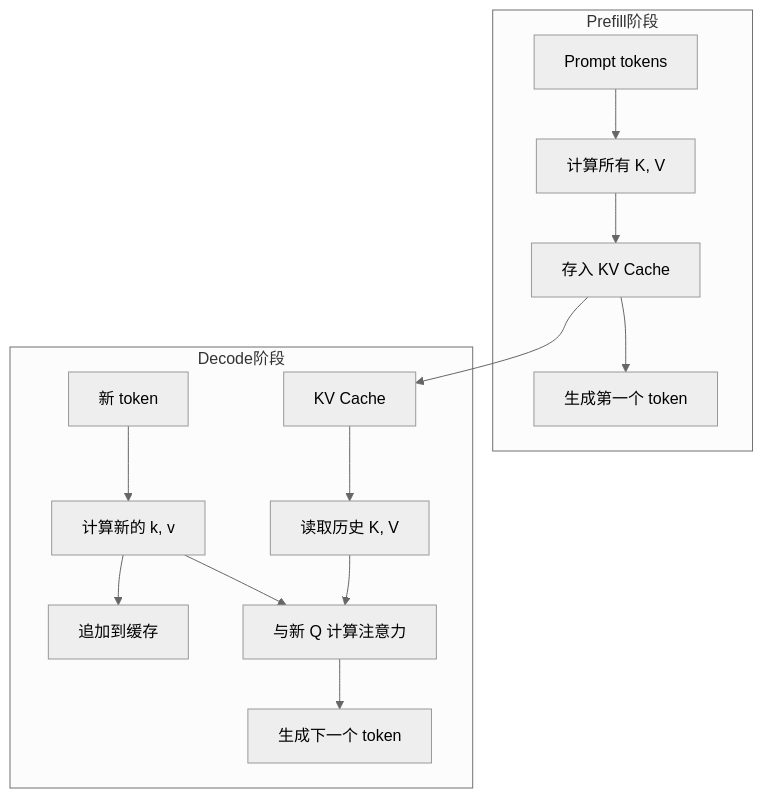
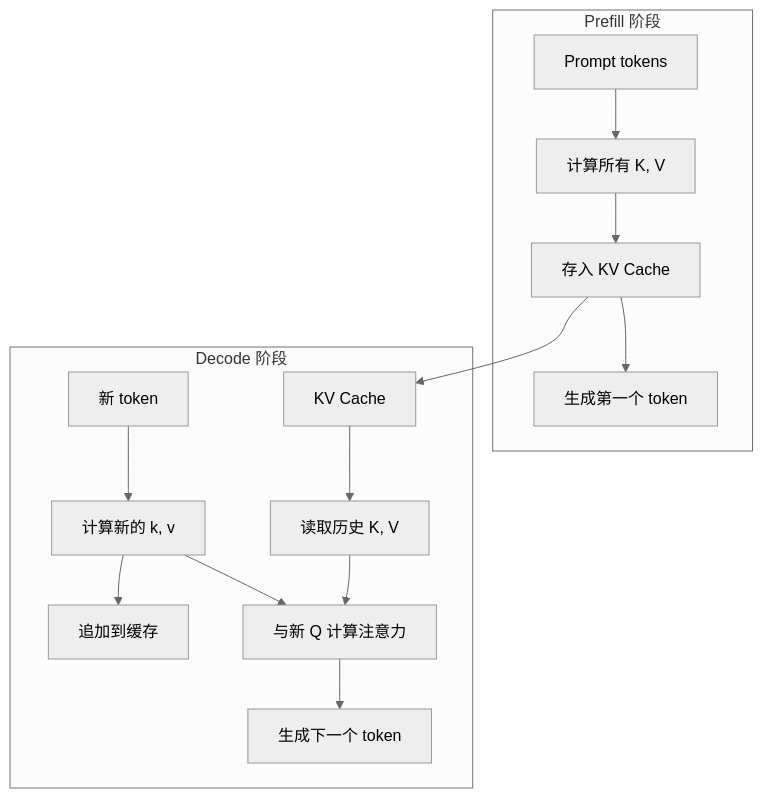
One commit to Xunzhuo/mini-sglang changed the first of 8 diagrams in learning/website/docs/basics/15-kv-cache.md. Above: the diagram before and after it, drawn with Mermaid (neutral theme). The commit also changed other lines of this file and 23 other files, not shown here.

````diff
--- a/learning/website/docs/basics/15-kv-cache.md
+++ b/learning/website/docs/basics/15-kv-cache.md
@@ -59,19 +63,19 @@
 ```mermaid
 graph TB
-    subgraph Prefill阶段
+    subgraph "Prefill 阶段"
         P1[Prompt tokens] --> P2[计算所有 K, V]
         P2 --> P3[存入 KV Cache]
         P3 --> P4[生成第一个 token]
     end
     
-    subgraph Decode阶段
+    subgraph "Decode 阶段"
         D1[新 token] --> D2[计算新的 k, v]
         D3[KV Cache] --> D4[读取历史 K, V]
         D2 --> D5[追加到缓存]
         D4 --> D6[与新 Q 计算注意力]
         D2 --> D6
         D6 --> D7[生成下一个 token]
     end
     
     P3 --> D3
 ```
````
